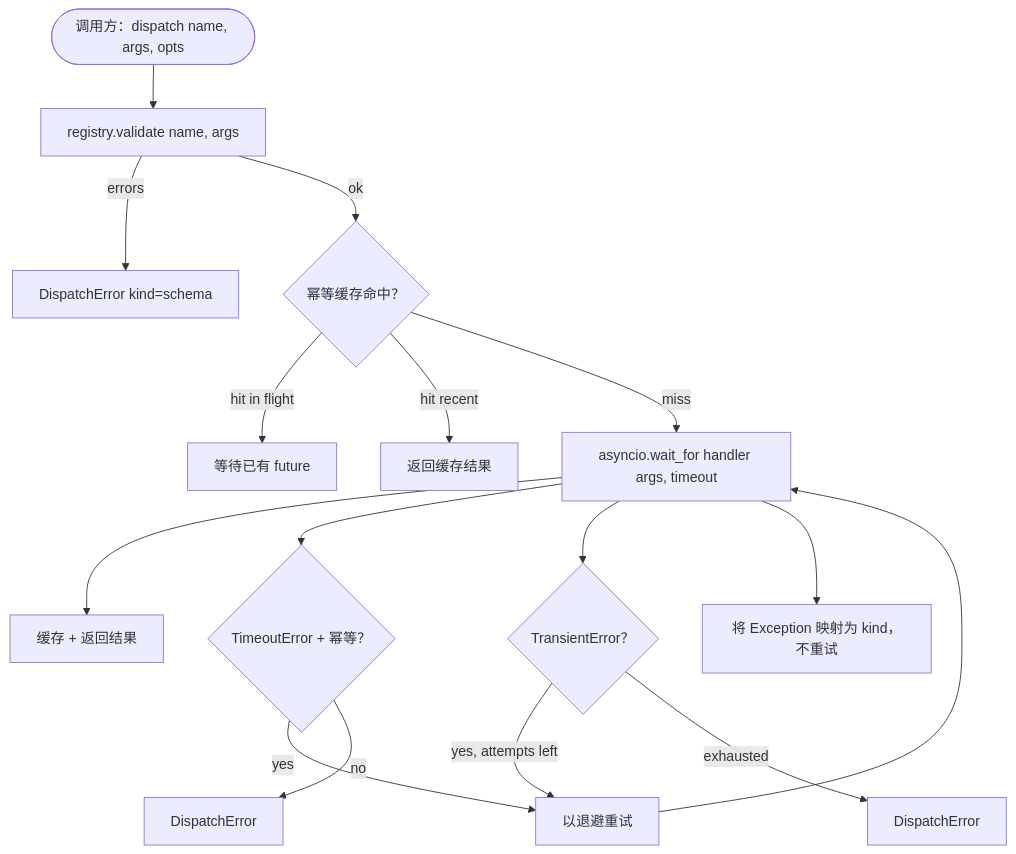
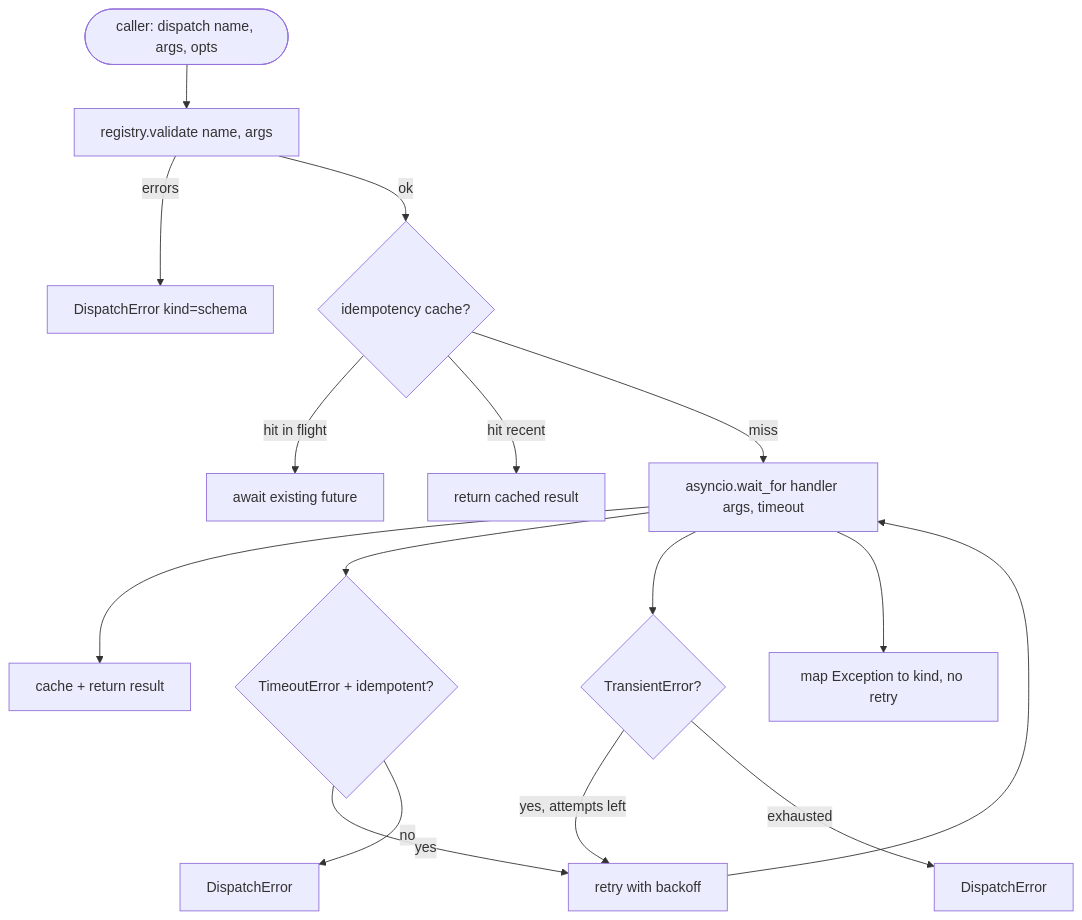
The second of 2 diagrams in i18n/zh/phases/19-capstone-projects/23-function-call-dispatcher/docs/zh.md (xiaojiaenen/ai-engineering-from-scratch-zh), drawn with Mermaid before and after one commit. The commit also changed other lines of this file and 85 other files, not shown here.

````diff
--- a/i18n/zh/phases/19-capstone-projects/23-function-call-dispatcher/docs/zh.md
+++ b/i18n/zh/phases/19-capstone-projects/23-function-call-dispatcher/docs/zh.md
@@ -93,33 +93,33 @@
 ```mermaid
 flowchart TD
-    start([调用方：dispatch name, args, opts])
+    start([caller: dispatch name, args, opts])
     validate[registry.validate name, args]
     schema_err[DispatchError kind=schema]
-    idem_check{幂等缓存命中？}
-    in_flight[等待已有 future]
-    cached[返回缓存结果]
+    idem_check{idempotency cache?}
+    in_flight[await existing future]
+    cached[return cached result]
     attempt[asyncio.wait_for handler args, timeout]
-    success[缓存 + 返回结果]
-    timeout_branch{TimeoutError + 幂等？}
-    retry[以退避重试]
+    success[cache + return result]
+    timeout_branch{TimeoutError + idempotent?}
+    retry[retry with backoff]
     fail[DispatchError]
-    transient_branch{TransientError？}
-    other[将 Exception 映射为 kind，不重试]
+    transient_branch{TransientError?}
+    other[map Exception to kind, no retry]
     exhausted[DispatchError]
 
     start --> validate
     validate -->|errors| schema_err
     validate -->|ok| idem_check
     idem_check -->|hit in flight| in_flight
     idem_check -->|hit recent| cached
     idem_check -->|miss| attempt
     attempt --> success
     attempt --> timeout_branch
     timeout_branch -->|yes| retry
     timeout_branch -->|no| fail
     attempt --> transient_branch
     transient_branch -->|yes, attempts left| retry
     transient_branch -->|exhausted| exhausted
     attempt --> other
     retry --> attempt
 ```
````
